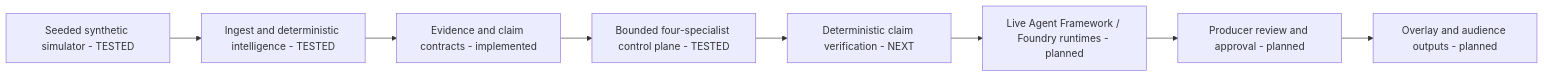
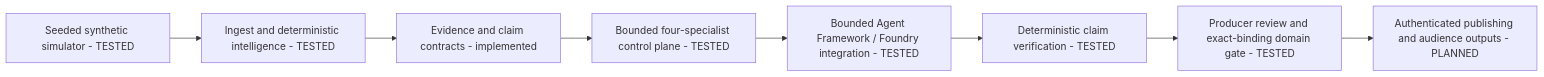
The diagram in README.md (GOkwori/matchdesk), drawn with Mermaid before and after one commit. The commit also changed other lines of this file and 6 other files, not shown here.

````diff
--- a/README.md
+++ b/README.md
@@ -46,10 +47,10 @@
 ```mermaid
 flowchart LR
     S[Seeded synthetic simulator - TESTED] --> I[Ingest and deterministic intelligence - TESTED]
     I --> E[Evidence and claim contracts - implemented]
     E --> C[Bounded four-specialist control plane - TESTED]
-    C --> V[Deterministic claim verification - NEXT]
-    V --> A[Live Agent Framework / Foundry runtimes - planned]
-    A --> P[Producer review and approval - planned]
-    P --> O[Overlay and audience outputs - planned]
+    C --> A[Bounded Agent Framework / Foundry integration - TESTED]
+    A --> V[Deterministic claim verification - TESTED]
+    V --> P[Producer review and exact-binding domain gate - TESTED]
+    P --> O[Authenticated publishing and audience outputs - PLANNED]
 ```
````
